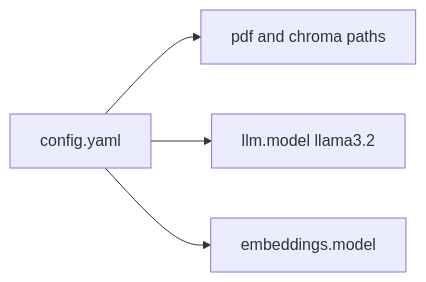
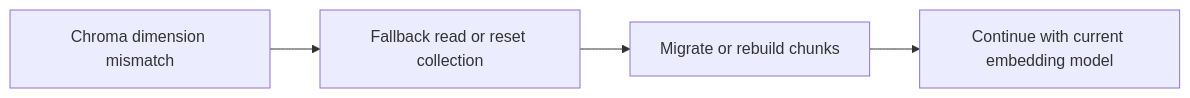
One commit to souravgupta2214/Agentic-RAG changed the ninth of 14 diagrams in docs/END_TO_END_FLOW.md. Above: the diagram before and after it, drawn with Mermaid. The commit also changed other lines of this file and 1 other file, not shown here.

````diff
--- a/docs/END_TO_END_FLOW.md
+++ b/docs/END_TO_END_FLOW.md
@@ -279,6 +274,6 @@
 ```mermaid
 flowchart LR
-    CFG[config.yaml] --> PATHS[pdf and chroma paths]
-    CFG --> LLM[llm.model llama3.2]
-    CFG --> EMB[embeddings.model]
+    A[Chroma dimension mismatch] --> B[Fallback read or reset collection]
+    B --> C[Migrate or rebuild chunks]
+    C --> D[Continue with current embedding model]
 ```
````
